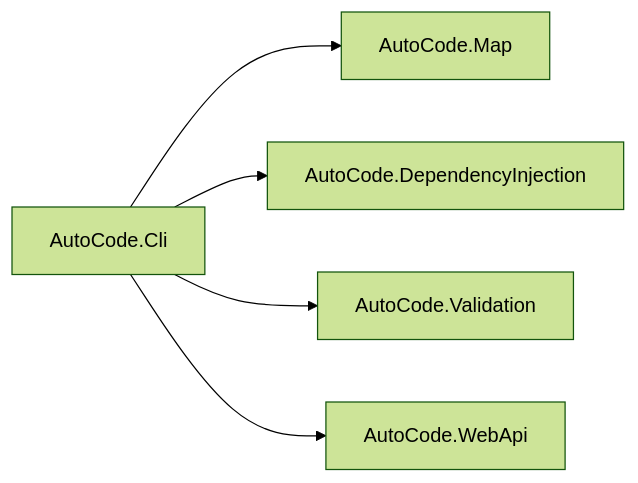
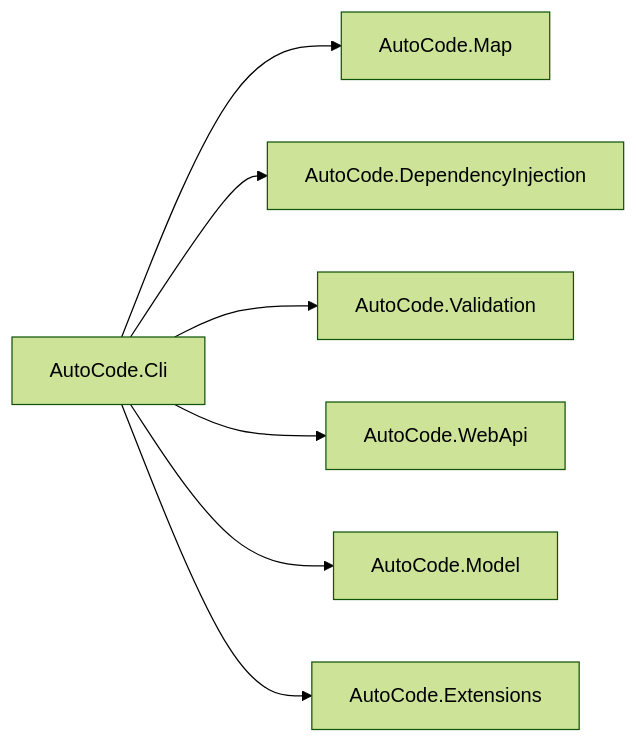
Before and after one commit to alivy/AutoCode: the third of 3 diagrams in .qoder/repowiki/zh/content/核心概念/命令行工具.md, drawn with Mermaid (forest theme). The commit also changed other lines of this file and 29 other files, not shown here.

````diff
--- a/.qoder/repowiki/zh/content/核心概念/命令行工具.md
+++ b/.qoder/repowiki/zh/content/核心概念/命令行工具.md
@@ -117,7 +248,9 @@
 ```mermaid
 graph LR
 CLI["AutoCode.Cli"] --> MAP["AutoCode.Map"]
 CLI --> DI["AutoCode.DependencyInjection"]
 CLI --> VAL["AutoCode.Validation"]
 CLI --> WEBAPI["AutoCode.WebApi"]
+CLI --> MODEL["AutoCode.Model"]
+CLI --> EXTENSIONS["AutoCode.Extensions"]
 ```
````
